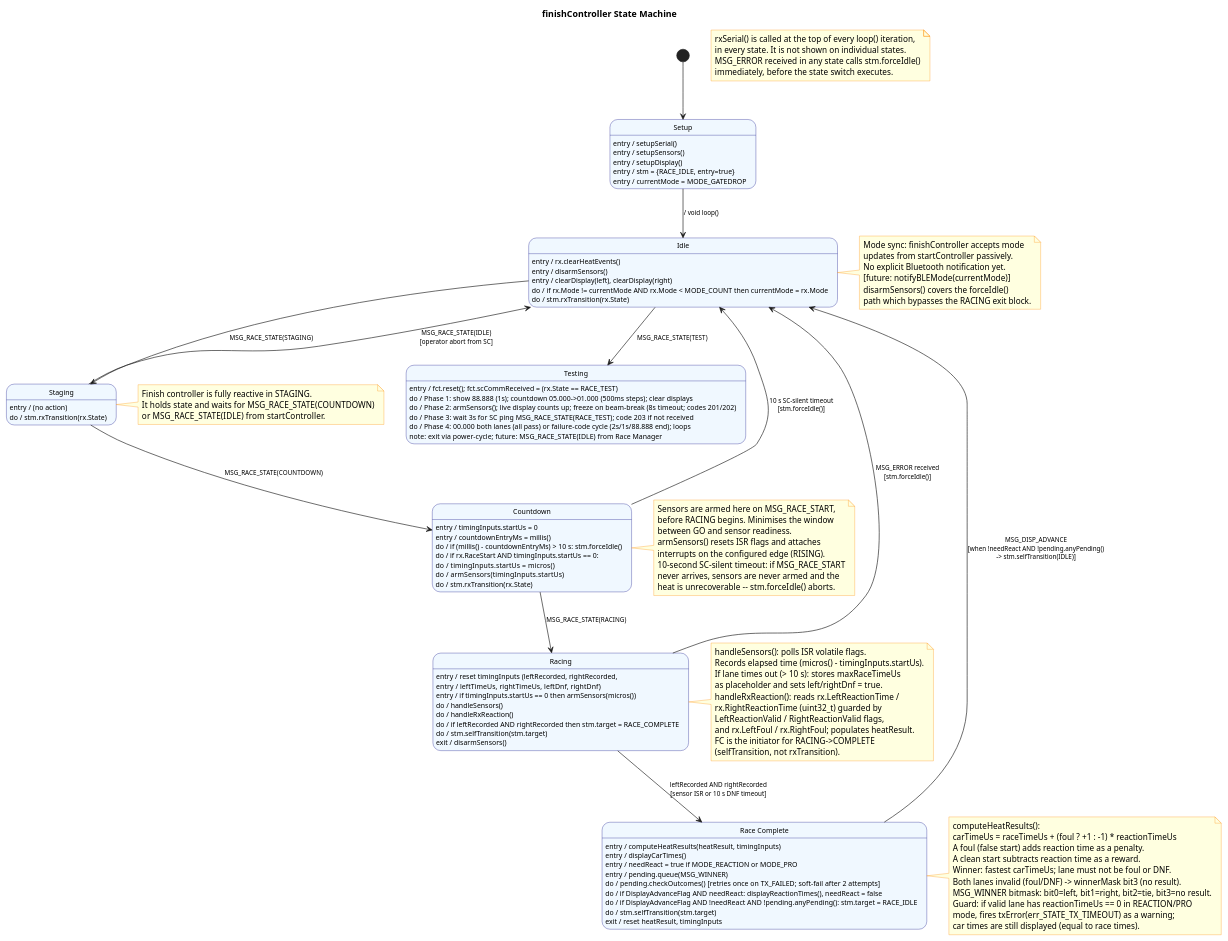
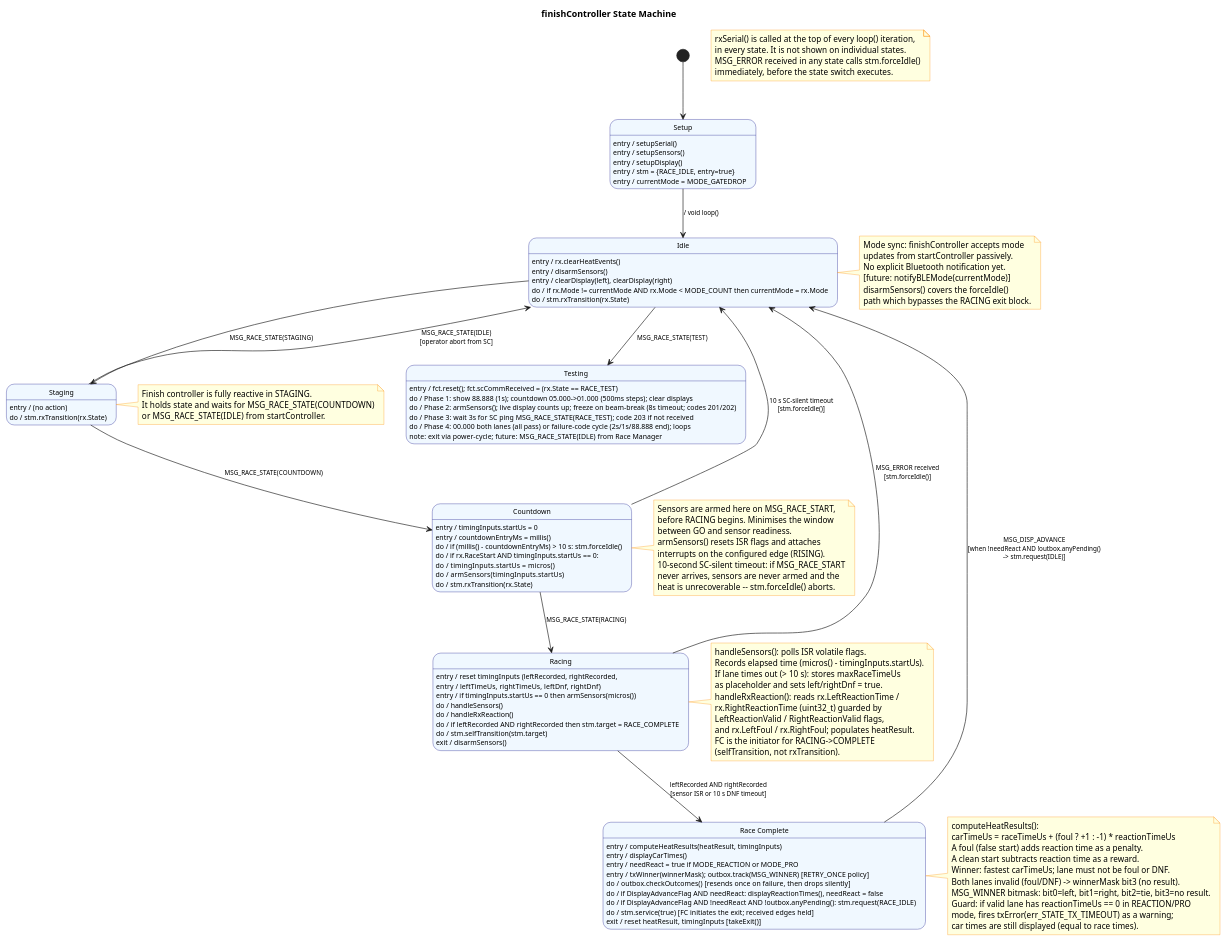
One commit to dgschaaf/DerbyTimer changed the diagram in docs/diagrams/stm_finishController.puml. Above: the diagram before and after it, drawn with PlantUML. The commit also changed 3 other files, not shown here.

First line of the commit message:
AD-7: FC adopts the shared Outbox - fixes the silent winner-retry no-op

```diff
--- a/docs/diagrams/stm_finishController.puml
+++ b/docs/diagrams/stm_finishController.puml
@@ -1,178 +1,178 @@
 @startuml finishController_STM
 skinparam state {
   BackgroundColor AliceBlue
   BorderColor Navy
   FontSize 11
   ArrowFontSize 10
 }
 skinparam noteBackgroundColor LightYellow
 skinparam noteBorderColor DarkOrange
 
 title finishController State Machine
 
 note as N_RX
   rxSerial() is called at the top of every loop() iteration,
   in every state. It is not shown on individual states.
   MSG_ERROR received in any state calls stm.forceIdle()
   immediately, before the state switch executes.
 end note
 
 [*] --> Setup
 
 ' ============================================================
 ' SETUP
 ' ============================================================
 state "Setup" as Setup {
   Setup : entry / setupSerial()
   Setup : entry / setupSensors()
   Setup : entry / setupDisplay()
   Setup : entry / stm = {RACE_IDLE, entry=true}
   Setup : entry / currentMode = MODE_GATEDROP
 }
 
 Setup --> Idle : / void loop()
 
 ' ============================================================
 ' IDLE
 ' ============================================================
 state "Idle" as Idle {
   Idle : entry / rx.clearHeatEvents()
   Idle : entry / disarmSensors()
   Idle : entry / clearDisplay(left), clearDisplay(right)
   Idle : do / if rx.Mode != currentMode AND rx.Mode < MODE_COUNT then currentMode = rx.Mode
   Idle : do / stm.rxTransition(rx.State)
 }
 
 note right of Idle
   Mode sync: finishController accepts mode
   updates from startController passively.
   No explicit Bluetooth notification yet.
   [future: notifyBLEMode(currentMode)]
   disarmSensors() covers the forceIdle()
   path which bypasses the RACING exit block.
 end note
 
 ' ============================================================
 ' STAGING
 ' ============================================================
 state "Staging" as Staging {
   Staging : entry / (no action)
   Staging : do / stm.rxTransition(rx.State)
 }
 
 note right of Staging
   Finish controller is fully reactive in STAGING.
   It holds state and waits for MSG_RACE_STATE(COUNTDOWN)
   or MSG_RACE_STATE(IDLE) from startController.
 end note
 
 ' ============================================================
 ' COUNTDOWN
 ' ============================================================
 state "Countdown" as Countdown {
   Countdown : entry / timingInputs.startUs = 0
   Countdown : entry / countdownEntryMs = millis()
   Countdown : do / if (millis() - countdownEntryMs) > 10 s: stm.forceIdle()
   Countdown : do / if rx.RaceStart AND timingInputs.startUs == 0:
   Countdown : do /   timingInputs.startUs = micros()
   Countdown : do /   armSensors(timingInputs.startUs)
   Countdown : do / stm.rxTransition(rx.State)
 }
 
 note right of Countdown
   Sensors are armed here on MSG_RACE_START,
   before RACING begins. Minimises the window
   between GO and sensor readiness.
   armSensors() resets ISR flags and attaches
   interrupts on the configured edge (RISING).
   10-second SC-silent timeout: if MSG_RACE_START
   never arrives, sensors are never armed and the
   heat is unrecoverable -- stm.forceIdle() aborts.
 end note
 
 ' ============================================================
 ' RACING
 ' ============================================================
 state "Racing" as Racing {
   Racing : entry / reset timingInputs (leftRecorded, rightRecorded,
   Racing : entry /   leftTimeUs, rightTimeUs, leftDnf, rightDnf)
   Racing : entry / if timingInputs.startUs == 0 then armSensors(micros())
   Racing : do / handleSensors()
   Racing : do / handleRxReaction()
   Racing : do / if leftRecorded AND rightRecorded then stm.target = RACE_COMPLETE
   Racing : do / stm.selfTransition(stm.target)
   Racing : exit / disarmSensors()
 }
 
 note right of Racing
   handleSensors(): polls ISR volatile flags.
   Records elapsed time (micros() - timingInputs.startUs).
   If lane times out (> 10 s): stores maxRaceTimeUs
   as placeholder and sets left/rightDnf = true.
   handleRxReaction(): reads rx.LeftReactionTime /
   rx.RightReactionTime (uint32_t) guarded by
   LeftReactionValid / RightReactionValid flags,
   and rx.LeftFoul / rx.RightFoul; populates heatResult.
   FC is the initiator for RACING->COMPLETE
   (selfTransition, not rxTransition).
 end note
 
 ' ============================================================
 ' RACE COMPLETE
 ' ============================================================
 state "Race Complete" as RaceComplete {
   RaceComplete : entry / computeHeatResults(heatResult, timingInputs)
   RaceComplete : entry / displayCarTimes()
   RaceComplete : entry / needReact = true if MODE_REACTION or MODE_PRO
-  RaceComplete : entry / pending.queue(MSG_WINNER)
-  RaceComplete : do / pending.checkOutcomes()  [retries once on TX_FAILED; soft-fail after 2 attempts]
+  RaceComplete : entry / txWinner(winnerMask); outbox.track(MSG_WINNER)  [RETRY_ONCE policy]
+  RaceComplete : do / outbox.checkOutcomes()  [resends once on failure, then drops silently]
   RaceComplete : do / if DisplayAdvanceFlag AND needReact: displayReactionTimes(), needReact = false
-  RaceComplete : do / if DisplayAdvanceFlag AND !needReact AND !pending.anyPending(): stm.target = RACE_IDLE
-  RaceComplete : do / stm.selfTransition(stm.target)
-  RaceComplete : exit / reset heatResult, timingInputs
+  RaceComplete : do / if DisplayAdvanceFlag AND !needReact AND !outbox.anyPending(): stm.request(RACE_IDLE)
+  RaceComplete : do / stm.service(true)  [FC initiates the exit; received edges held]
+  RaceComplete : exit / reset heatResult, timingInputs  [takeExit()]
 }
 
 note right of RaceComplete
   computeHeatResults():
   carTimeUs = raceTimeUs + (foul ? +1 : -1) * reactionTimeUs
   A foul (false start) adds reaction time as a penalty.
   A clean start subtracts reaction time as a reward.
   Winner: fastest carTimeUs; lane must not be foul or DNF.
   Both lanes invalid (foul/DNF) -> winnerMask bit3 (no result).
   MSG_WINNER bitmask: bit0=left, bit1=right, bit2=tie, bit3=no result.
   Guard: if valid lane has reactionTimeUs == 0 in REACTION/PRO
   mode, fires txError(err_STATE_TX_TIMEOUT) as a warning;
   car times are still displayed (equal to race times).
 end note
 
 ' ============================================================
 ' TESTING  (4-phase self-test; entered via MSG_RACE_STATE(RACE_TEST) from SC)
 ' ============================================================
 state "Testing" as Testing {
   Testing : entry / fct.reset(); fct.scCommReceived = (rx.State == RACE_TEST)
   Testing : do / Phase 1: show 88.888 (1s); countdown 05.000->01.000 (500ms steps); clear displays
   Testing : do / Phase 2: armSensors(); live display counts up; freeze on beam-break (8s timeout; codes 201/202)
   Testing : do / Phase 3: wait 3s for SC ping MSG_RACE_STATE(RACE_TEST); code 203 if not received
   Testing : do / Phase 4: 00.000 both lanes (all pass) or failure-code cycle (2s/1s/88.888 end); loops
   Testing : note: exit via power-cycle; future: MSG_RACE_STATE(IDLE) from Race Manager
 }
 
 ' ============================================================
 ' TRANSITIONS
 ' ============================================================
 Idle        --> Staging      : MSG_RACE_STATE(STAGING)
 Idle        --> Testing      : MSG_RACE_STATE(TEST)
 
 Staging     --> Countdown    : MSG_RACE_STATE(COUNTDOWN)
 Staging     --> Idle         : MSG_RACE_STATE(IDLE)\n[operator abort from SC]
 
 Countdown   --> Racing       : MSG_RACE_STATE(RACING)
 Countdown   --> Idle         : 10 s SC-silent timeout\n[stm.forceIdle()]
 
 Racing      --> RaceComplete : leftRecorded AND rightRecorded\n[sensor ISR or 10 s DNF timeout]
 Racing      --> Idle         : MSG_ERROR received\n[stm.forceIdle()]
 
-RaceComplete --> Idle        : MSG_DISP_ADVANCE\n[when !needReact AND !pending.anyPending()\n-> stm.selfTransition(IDLE)]
+RaceComplete --> Idle        : MSG_DISP_ADVANCE\n[when !needReact AND !outbox.anyPending()\n-> stm.request(IDLE)]
 
 
 @enduml
```
